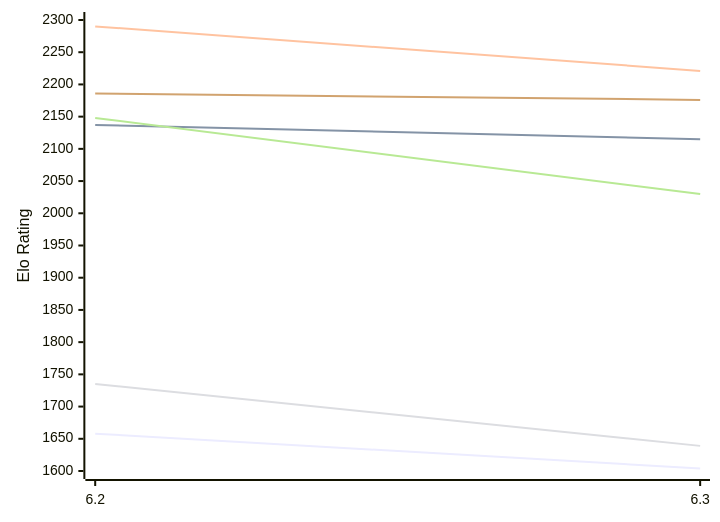
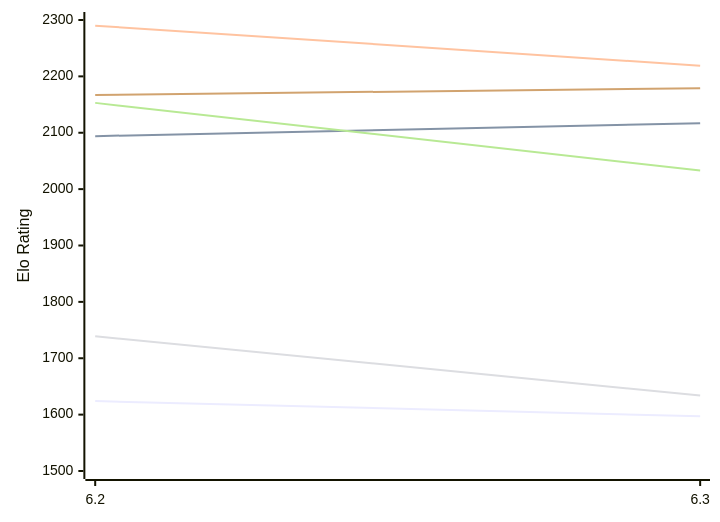
The first of 2 diagrams in engines/chess4j.md (computer-chess-index/cci), drawn with Mermaid before and after one commit. The commit also changed other lines of this file, not shown here.

Commit message:
Update CCI Ratings (ELO VLTC) - 2026-11-17

````diff
--- a/engines/chess4j.md
+++ b/engines/chess4j.md
@@ -50,12 +50,12 @@
 ```mermaid
 %%{init: {"theme":"base","themeVariables":{"seriesColors:['#a3a3a3','#222221','#faa371']}}}%%
 xychart-beta
   x-axis ["6.2", "6.3"]
-  y-axis "Elo Rating" 1600 --> 2300
-  line "E1: STC (8.0+0.08s)" [1658, 1604]
-  line "E1: LTC (60.0+0.60s)" [2137, 2115]
-  line "E1: VLTC (2m24s+1.12s)" [2290, 2221]
-  line "P1: STC (8.0+0.08s)" [1735, 1639]
-  line "P1: LTC (60.0+0.60s)" [2148, 2030]
-  line "P1: VLTC (2m24s+1.12s)" [2186, 2176]
+  y-axis "Elo Rating" 1500 --> 2300
+  line "E1: STC (8.0+0.08s)" [1624, 1597]
+  line "E1: LTC (60.0+0.60s)" [2094, 2117]
+  line "E1: VLTC (2m24s+1.12s)" [2290, 2219]
+  line "P1: STC (8.0+0.08s)" [1739, 1634]
+  line "P1: LTC (60.0+0.60s)" [2153, 2033]
+  line "P1: VLTC (2m24s+1.12s)" [2167, 2179]
 ```
````
